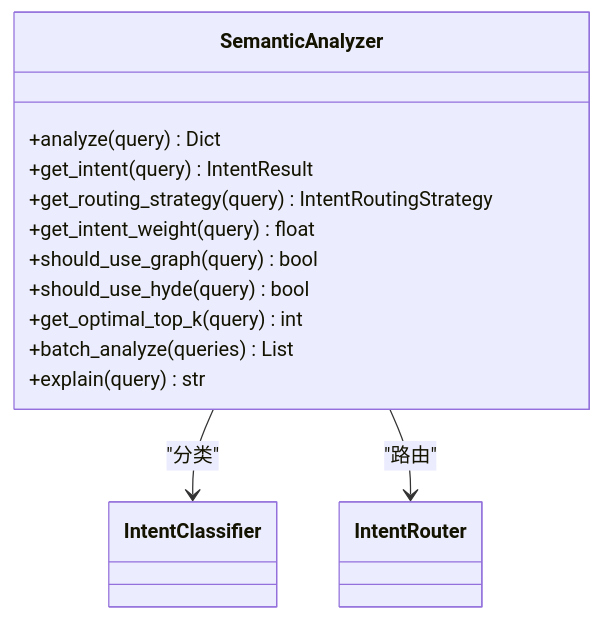
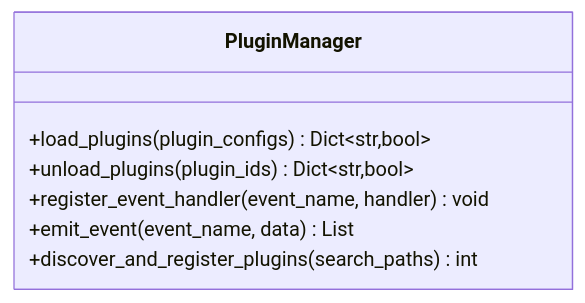
Before and after one commit to JieGaoPrinceton/NecoRAG: diagram 11 of 12 in .qoder/repowiki/zh/content/核心架构设计/核心架构设计.md, drawn with Mermaid. The commit also changed other lines of this file and 181 other files, not shown here.

````diff
--- a/.qoder/repowiki/zh/content/核心架构设计/核心架构设计.md
+++ b/.qoder/repowiki/zh/content/核心架构设计/核心架构设计.md
@@ -366,18 +394,10 @@
 ```mermaid
 classDiagram
-class SemanticAnalyzer {
-+analyze(query) Dict
-+get_intent(query) IntentResult
-+get_routing_strategy(query) IntentRoutingStrategy
-+get_intent_weight(query) float
-+should_use_graph(query) bool
-+should_use_hyde(query) bool
-+get_optimal_top_k(query) int
-+batch_analyze(queries) List
-+explain(query) str
+class PluginManager {
++load_plugins(plugin_configs) Dict~str,bool~
++unload_plugins(plugin_ids) Dict~str,bool~
++register_event_handler(event_name, handler) void
++emit_event(event_name, data) List
++discover_and_register_plugins(search_paths) int
 }
-class IntentClassifier
-class IntentRouter
-SemanticAnalyzer --> IntentClassifier : "分类"
-SemanticAnalyzer --> IntentRouter : "路由"
 ```
````
